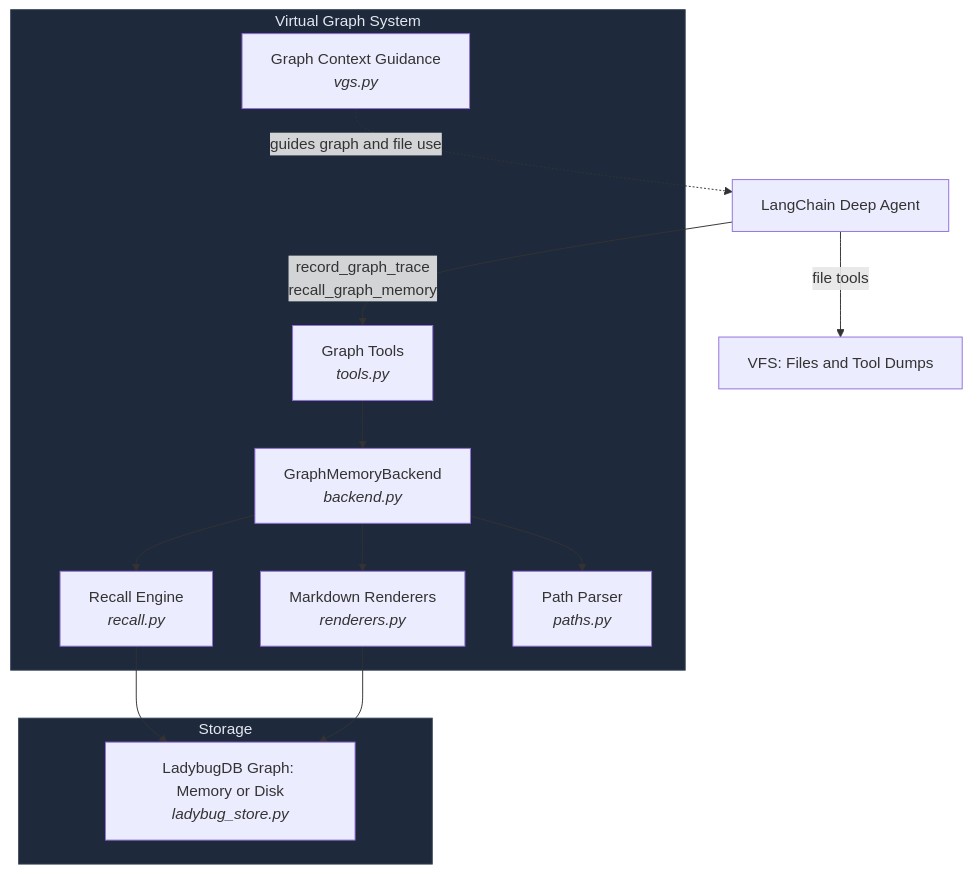
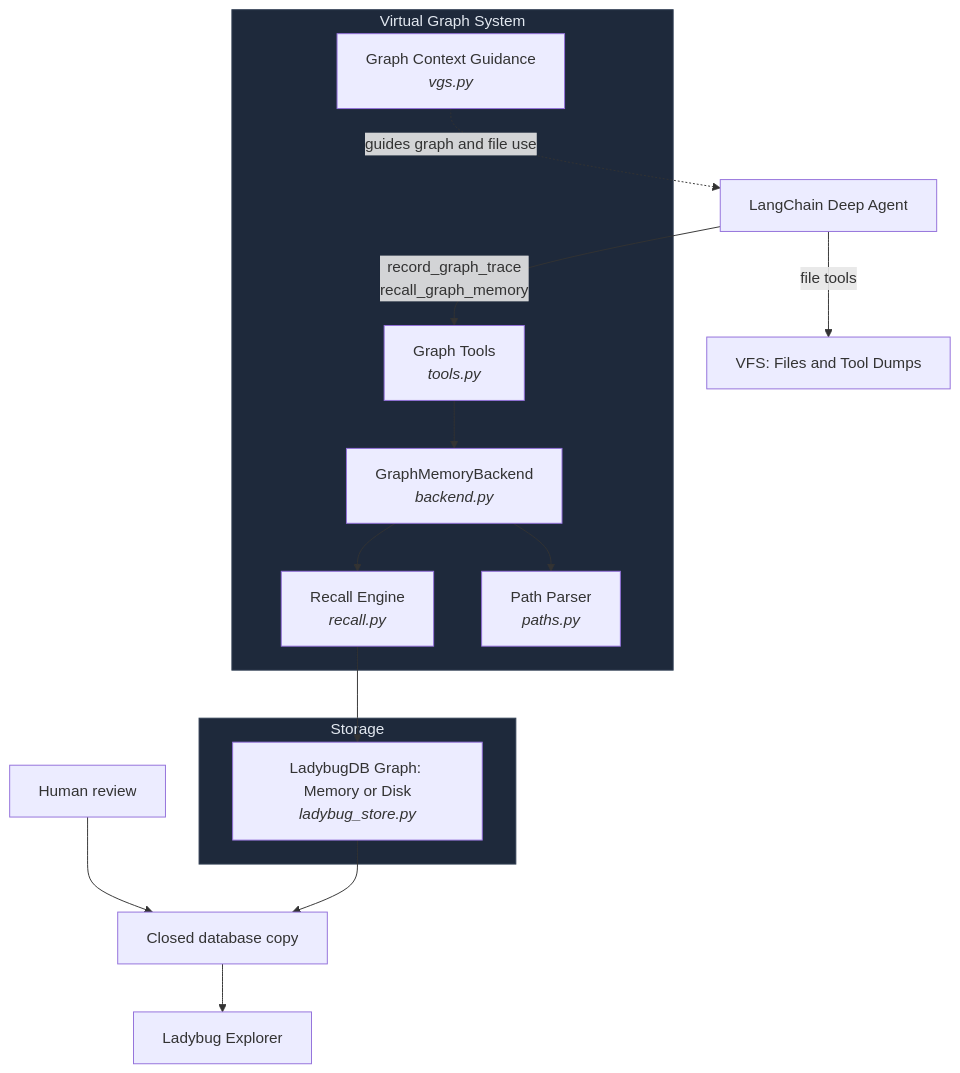
Before and after one commit to TahaK29/deepagents-graph-memory: the first of 4 diagrams in docs/guide.md, drawn with Mermaid. The commit also changed other lines of this file and 22 other files, not shown here.

Commit message:
Separate graph tools from human database review

````diff
--- a/docs/guide.md
+++ b/docs/guide.md
@@ -588,30 +572,30 @@
 ```mermaid
 graph TB
     Agent["LangChain Deep Agent"]
 
     subgraph VGS ["Virtual Graph System"]
         Tools["Graph Tools<br/><i>tools.py</i>"]
         Backend["GraphMemoryBackend<br/><i>backend.py</i>"]
         Recall["Recall Engine<br/><i>recall.py</i>"]
-        Renderers["Markdown Renderers<br/><i>renderers.py</i>"]
         Paths["Path Parser<br/><i>paths.py</i>"]
         VGSProfile["Graph Context Guidance<br/><i>vgs.py</i>"]
     end
 
     subgraph Store ["Storage"]
         LadybugDB["LadybugDB Graph: Memory or Disk<br/><i>ladybug_store.py</i>"]
     end
 
     Agent -->|"record_graph_trace<br/>recall_graph_memory"| Tools
     Agent -->|"file tools"| VFS["VFS: Files and Tool Dumps"]
     Tools --> Backend
     Backend --> Recall
-    Backend --> Renderers
     Backend --> Paths
     Recall --> LadybugDB
-    Renderers --> LadybugDB
+    Human["Human review"] --> Copy["Closed database copy"]
+    Copy --> Viewer["Ladybug Explorer"]
+    LadybugDB --> Copy
     VGSProfile -.->|"guides graph and file use"| Agent
 
     style VGS fill:#1e293b,stroke:#334155,color:#e2e8f0
     style Store fill:#1e293b,stroke:#334155,color:#e2e8f0
 ```
````
